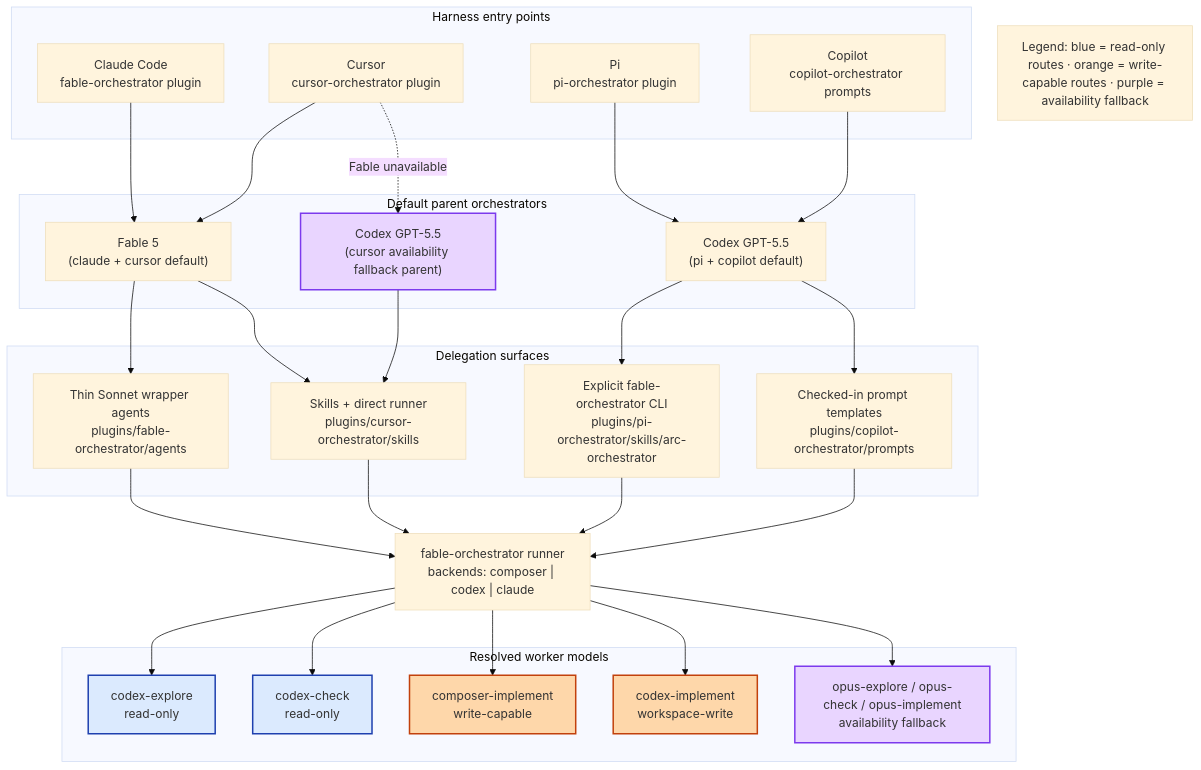
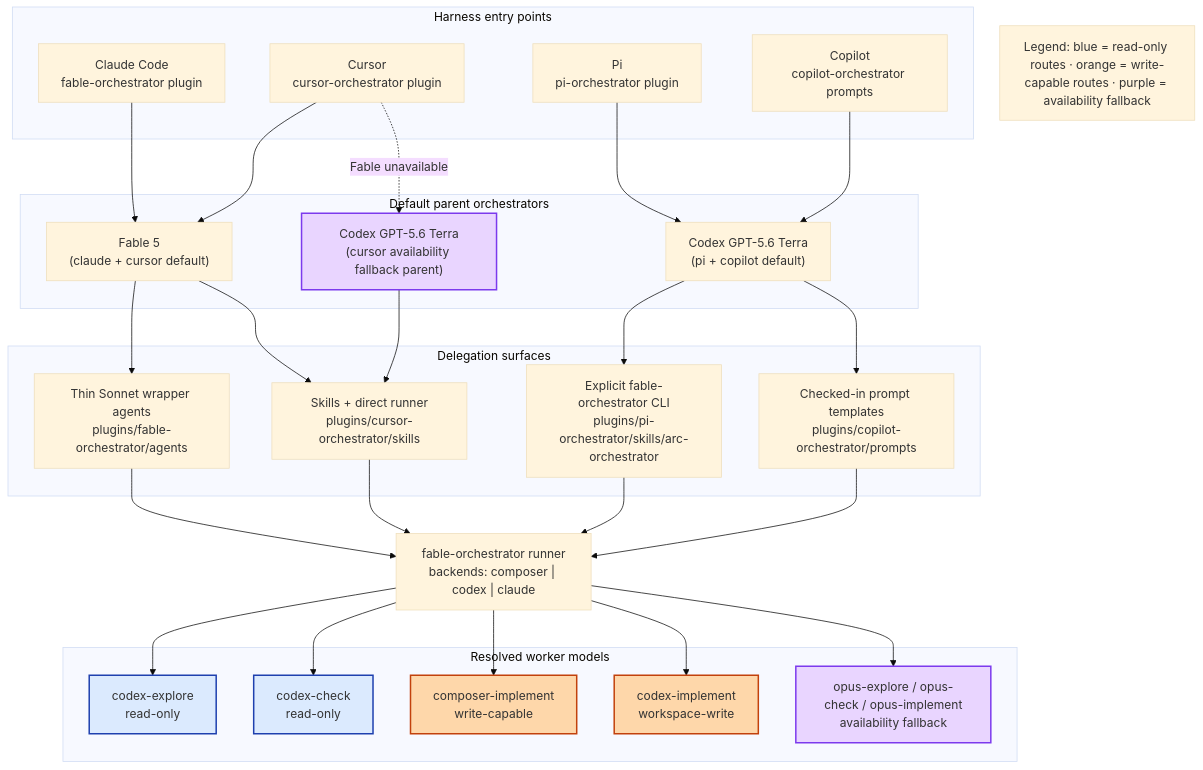
Before and after one commit to andysolomon/arc-orchestrator: the first of 6 diagrams in docs/diagrams/harness-overview.mermaid.md, drawn with Mermaid (base theme). The commit also changed other lines of this file and 41 other files, not shown here.

````diff
--- a/docs/diagrams/harness-overview.mermaid.md
+++ b/docs/diagrams/harness-overview.mermaid.md
@@ -16,64 +16,64 @@
 ```mermaid
 flowchart TB
     subgraph entry["Harness entry points"]
         ClaudeEP["Claude Code<br/>fable-orchestrator plugin"]
         CursorEP["Cursor<br/>cursor-orchestrator plugin"]
         PiEP["Pi<br/>pi-orchestrator plugin"]
         CopilotEP["Copilot<br/>copilot-orchestrator prompts"]
     end
 
     subgraph parents["Default parent orchestrators"]
         Fable["Fable 5<br/>(claude + cursor default)"]
-        CodexParent["Codex GPT-5.5<br/>(pi + copilot default)"]
-        CursorFallback["Codex GPT-5.5<br/>(cursor availability fallback parent)"]
+        CodexParent["Codex GPT-5.6 Terra<br/>(pi + copilot default)"]
+        CursorFallback["Codex GPT-5.6 Terra<br/>(cursor availability fallback parent)"]
     end
 
     subgraph surfaces["Delegation surfaces"]
         ClaudeSurf["Thin Sonnet wrapper agents<br/>plugins/fable-orchestrator/agents"]
         CursorSurf["Skills + direct runner<br/>plugins/cursor-orchestrator/skills"]
         PiSurf["Explicit fable-orchestrator CLI<br/>plugins/pi-orchestrator/skills/arc-orchestrator"]
         CopilotSurf["Checked-in prompt templates<br/>plugins/copilot-orchestrator/prompts"]
     end
 
     Runner["fable-orchestrator runner<br/>backends: composer | codex | claude"]
 
     subgraph workers["Resolved worker models"]
         WExplore["codex-explore<br/>read-only"]
         WCheck["codex-check<br/>read-only"]
         WComposer["composer-implement<br/>write-capable"]
         WCodexImpl["codex-implement<br/>workspace-write"]
         WOpusAvail["opus-explore / opus-check / opus-implement<br/>availability fallback"]
     end
 
     ClaudeEP --> Fable
     CursorEP --> Fable
     CursorEP -.->|Fable unavailable| CursorFallback
     PiEP --> CodexParent
     CopilotEP --> CodexParent
 
     Fable --> ClaudeSurf
     Fable --> CursorSurf
     CursorFallback --> CursorSurf
     CodexParent --> PiSurf
     CodexParent --> CopilotSurf
 
     ClaudeSurf --> Runner
     CursorSurf --> Runner
     PiSurf --> Runner
     CopilotSurf --> Runner
 
     Runner --> WExplore
     Runner --> WCheck
     Runner --> WComposer
     Runner --> WCodexImpl
     Runner --> WOpusAvail
 
     classDef readonly fill:#dbeafe,stroke:#1e40af,stroke-width:2px;
     classDef write fill:#fed7aa,stroke:#c2410c,stroke-width:2px;
     classDef fallback fill:#e9d5ff,stroke:#7c3aed,stroke-width:2px;
     class WExplore,WCheck readonly;
     class WComposer,WCodexImpl write;
     class WOpusAvail,CursorFallback fallback;
 
     Legend["Legend: blue = read-only routes · orange = write-capable routes · purple = availability fallback"]
 ```
````
